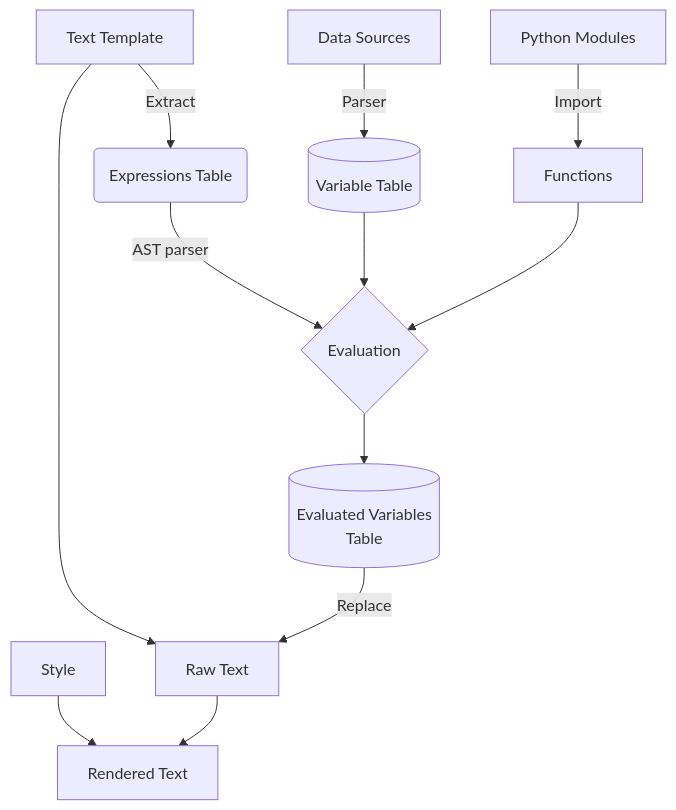
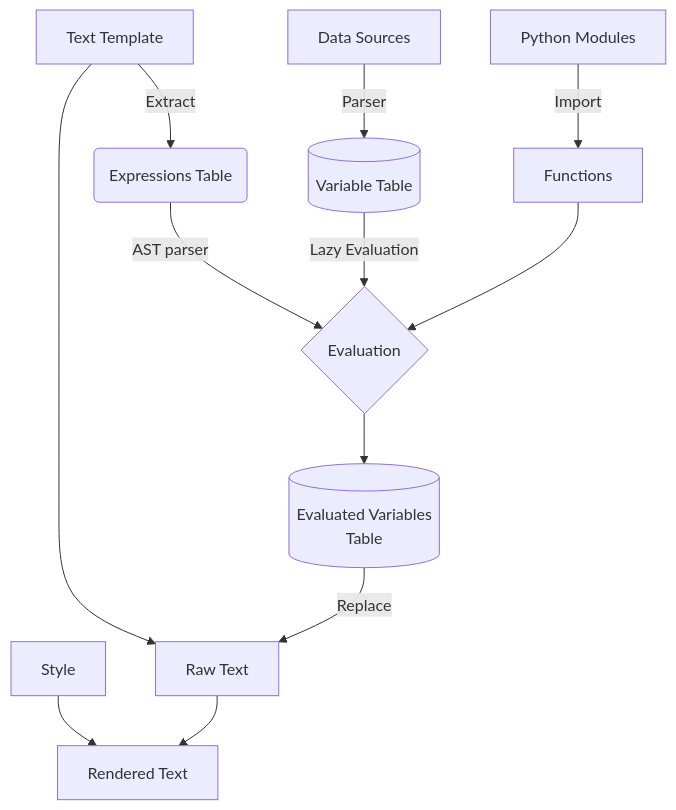
One commit to HQU-gxy/template-documentation changed the diagram in README.md. Above: the diagram before and after it, drawn with Mermaid. The commit also changed other lines of this file and 3 other files, not shown here.

````diff
--- a/README.md
+++ b/README.md
@@ -7,21 +7,21 @@
 ```mermaid
 graph TD
   DataSources["Data Sources"] --> |Parser| VariableTable[(Variable Table)]
 
   TextTemplate[Text Template] --> |Extract| Expressions(Expressions Table)
 
   Expressions --> |AST parser| Evaluation
 
   PythonModules["Python Modules"] --> |Import| Functions
 
-  VariableTable --> Evaluation{Evaluation}
+  VariableTable --> |Lazy Evaluation| Evaluation{Evaluation}
   Functions --> Evaluation
 
   Evaluation --> EvaluatedVars[(Evaluated Variables <br/> Table)]
 
   TextTemplate --> RawText
   EvaluatedVars --> |Replace| RawText[Raw Text]
 
   Style[Style] --> RenderedText[Rendered Text]
   RawText --> RenderedText
 ```
````
